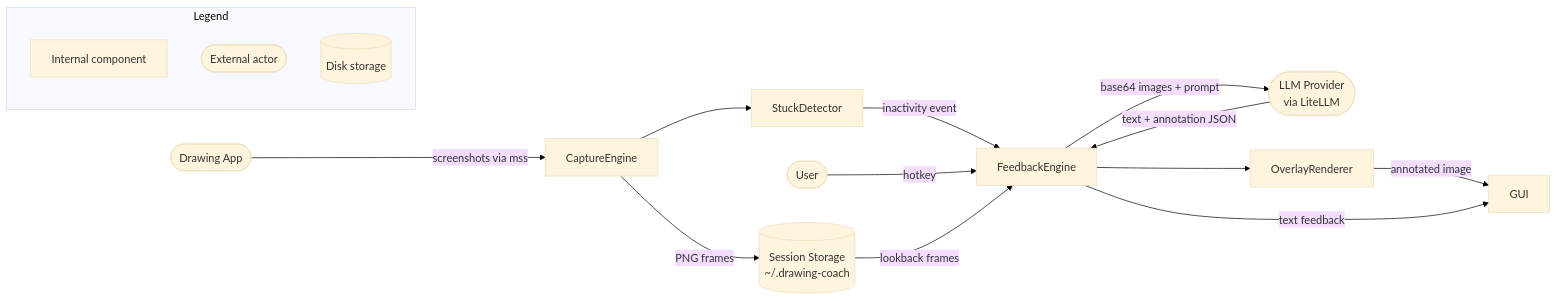
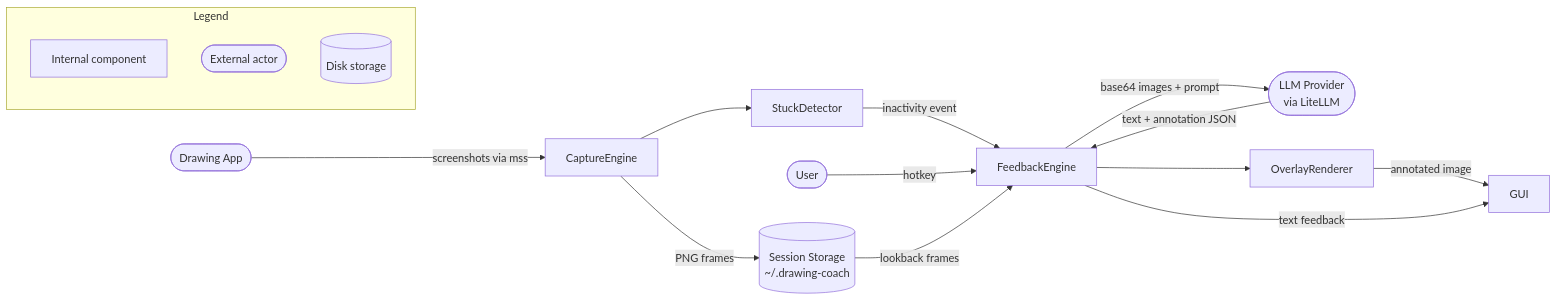
One commit to MrDopey/digital-drawing-coach changed the diagram in README.md. Above: the diagram before and after it, drawn with Mermaid. The commit also changed 4 other files, not shown here.

````diff
--- a/README.md
+++ b/README.md
@@ -9,21 +9,20 @@
 ```mermaid
-%%{init: {"theme": "base", "themeVariables": {"background": "#ffffff", "primaryBackground": "#ffffff"}}}%%
 flowchart LR
     A([Drawing App]) -->|screenshots via mss| CAP[CaptureEngine]
     CAP -->|PNG frames| DISK[(Session Storage\n~/.drawing-coach)]
     CAP --> SD[StuckDetector]
     SD -->|inactivity event| FB[FeedbackEngine]
     USR([User]) -->|hotkey| FB
     DISK -->|lookback frames| FB
     FB -->|base64 images + prompt| LLM([LLM Provider\nvia LiteLLM])
     LLM -->|text + annotation JSON| FB
     FB --> OR[OverlayRenderer]
     OR -->|annotated image| UI[GUI]
     FB -->|text feedback| UI
 
     subgraph Legend
         L1[Internal component]
         L2([External actor])
         L3[(Disk storage)]
     end
 ```
````
